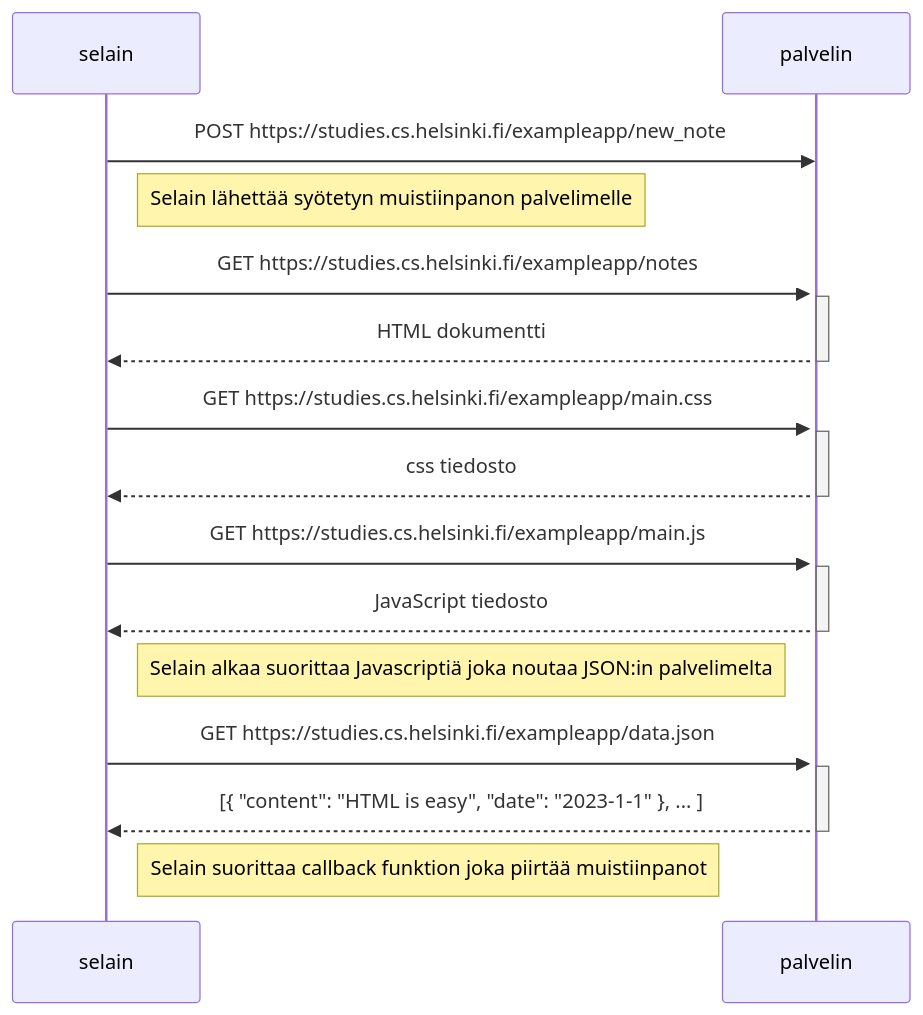
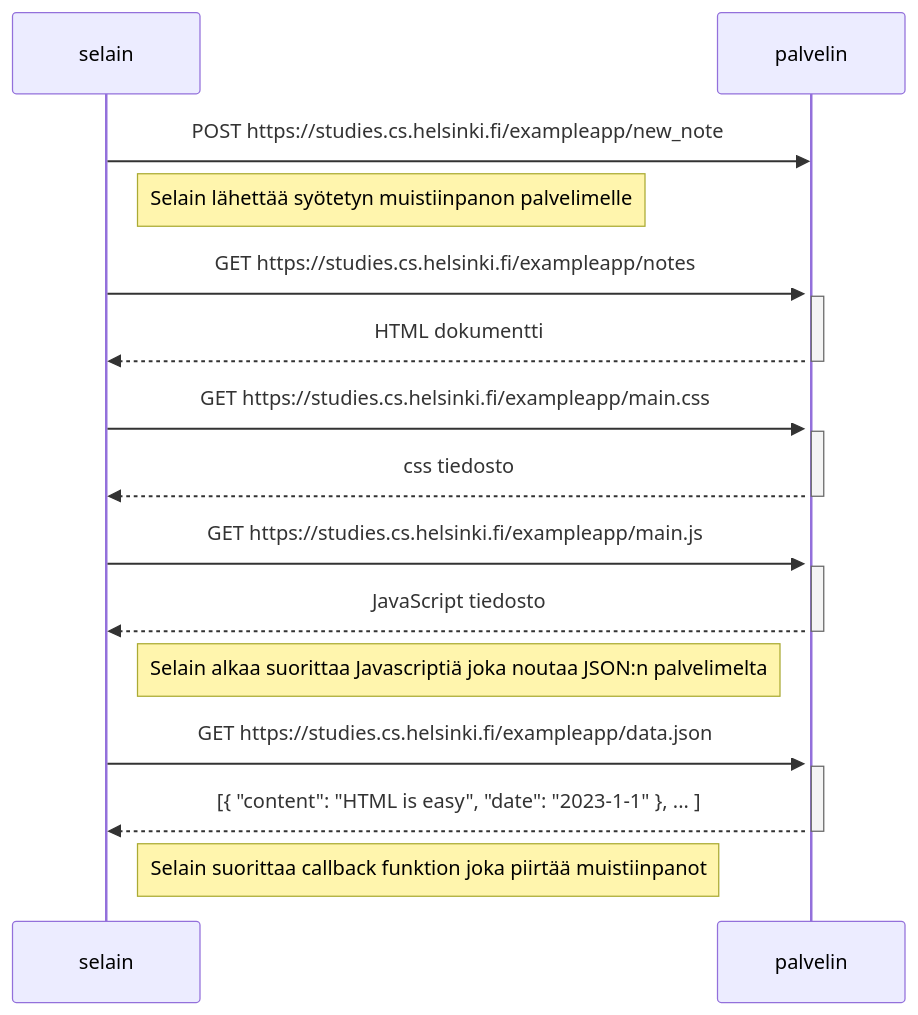
The diagram in fso0t1.md (tuuhei8/full-stack-open), drawn with Mermaid before and after one commit.

````diff
--- a/fso0t1.md
+++ b/fso0t1.md
@@ -1,34 +1,34 @@
 ```mermaid
 sequenceDiagram
     participant selain
     participant palvelin
 
     selain->>palvelin: POST https://studies.cs.helsinki.fi/exampleapp/new_note
     activate palvelin
 
     Note right of selain: Selain lähettää syötetyn muistiinpanon palvelimelle
     
     selain->>palvelin: GET https://studies.cs.helsinki.fi/exampleapp/notes
     activate palvelin
     palvelin-->>selain: HTML dokumentti
     deactivate palvelin
     
     selain->>palvelin: GET https://studies.cs.helsinki.fi/exampleapp/main.css
     activate palvelin
     palvelin-->>selain: css tiedosto
     deactivate palvelin
     
     selain->>palvelin: GET https://studies.cs.helsinki.fi/exampleapp/main.js
     activate palvelin
     palvelin-->>selain: JavaScript tiedosto
     deactivate palvelin
     
-    Note right of selain: Selain alkaa suorittaa Javascriptiä joka noutaa JSON:in palvelimelta
+    Note right of selain: Selain alkaa suorittaa Javascriptiä joka noutaa JSON:n palvelimelta
     
     selain->>palvelin: GET https://studies.cs.helsinki.fi/exampleapp/data.json
     activate palvelin
     palvelin-->>selain: [{ "content": "HTML is easy", "date": "2023-1-1" }, ... ]
     deactivate palvelin 
 
     Note right of selain: Selain suorittaa callback funktion joka piirtää muistiinpanot 
 ```
````
